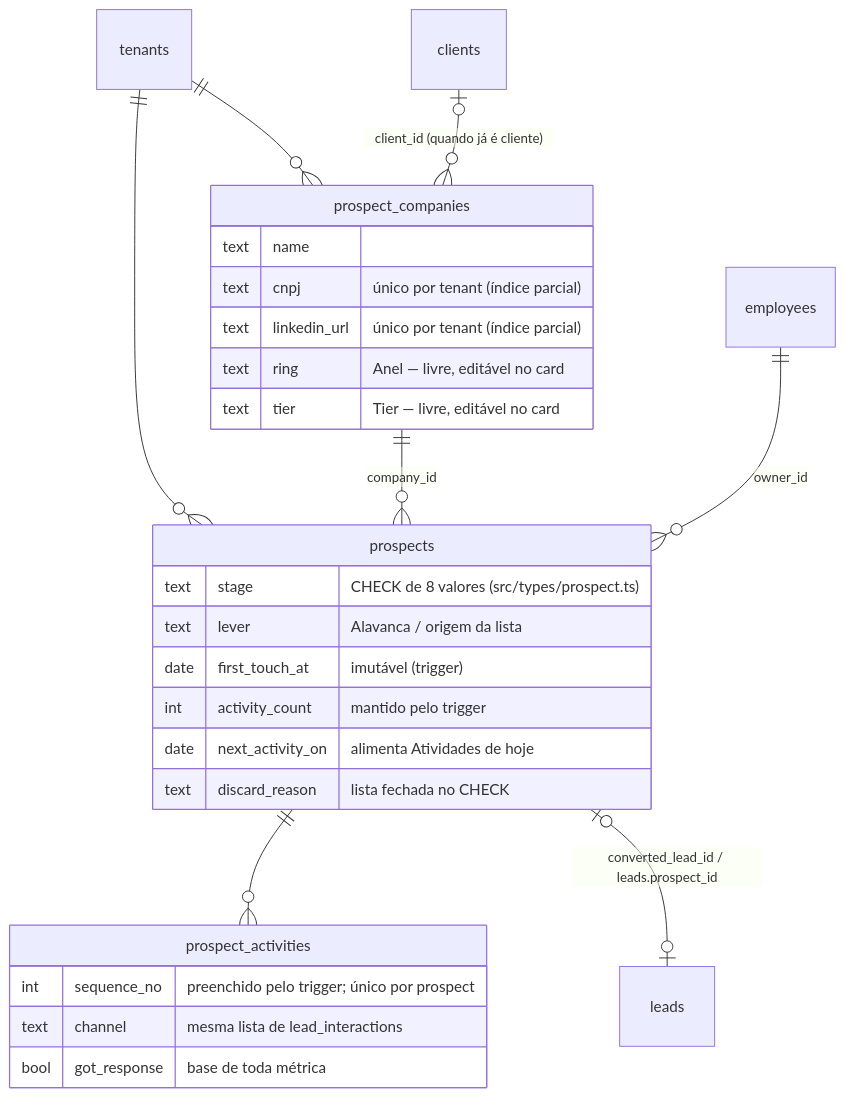
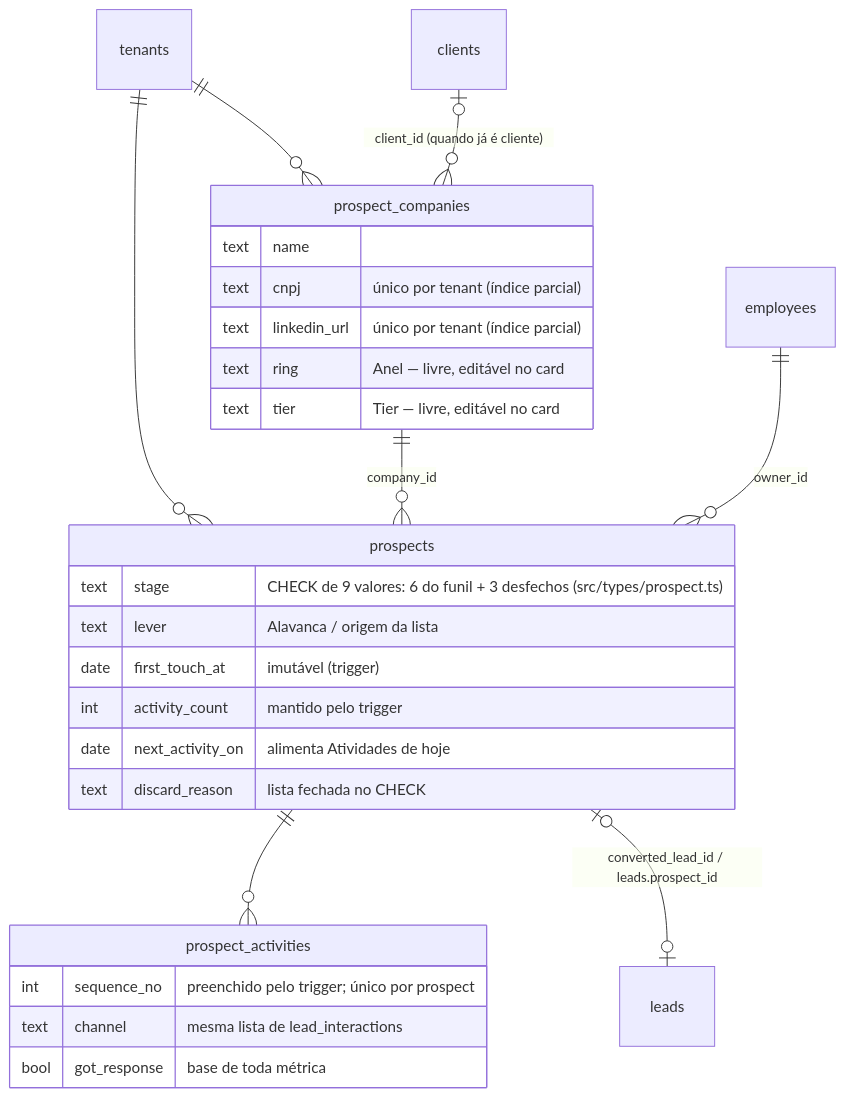
One commit to Origami-Lab-Organization/og-pulse changed the second of 6 diagrams in .harness/docs/architecture/erd.md. Above: the diagram before and after it, drawn with Mermaid. The commit also changed other lines of this file and 11 other files, not shown here.

````diff
--- a/.harness/docs/architecture/erd.md
+++ b/.harness/docs/architecture/erd.md
@@ -95,31 +96,31 @@
 ```mermaid
 erDiagram
     tenants ||--o{ prospect_companies : ""
     tenants ||--o{ prospects : ""
     clients |o--o{ prospect_companies : "client_id (quando já é cliente)"
     prospect_companies ||--o{ prospects : "company_id"
     prospects ||--o{ prospect_activities : ""
     employees ||--o{ prospects : "owner_id"
     prospects |o--o| leads : "converted_lead_id / leads.prospect_id"
 
     prospect_companies {
         text name ""
         text cnpj "único por tenant (índice parcial)"
         text linkedin_url "único por tenant (índice parcial)"
         text ring "Anel — livre, editável no card"
         text tier "Tier — livre, editável no card"
     }
     prospects {
-        text stage "CHECK de 8 valores (src/types/prospect.ts)"
+        text stage "CHECK de 9 valores: 6 do funil + 3 desfechos (src/types/prospect.ts)"
         text lever "Alavanca / origem da lista"
         date first_touch_at "imutável (trigger)"
         int activity_count "mantido pelo trigger"
         date next_activity_on "alimenta Atividades de hoje"
         text discard_reason "lista fechada no CHECK"
     }
     prospect_activities {
         int sequence_no "preenchido pelo trigger; único por prospect"
         text channel "mesma lista de lead_interactions"
         bool got_response "base de toda métrica"
     }
 ```
````
